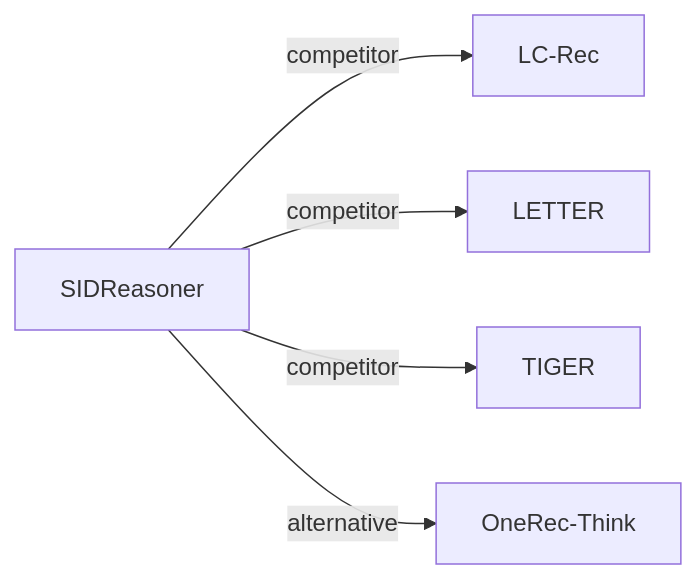
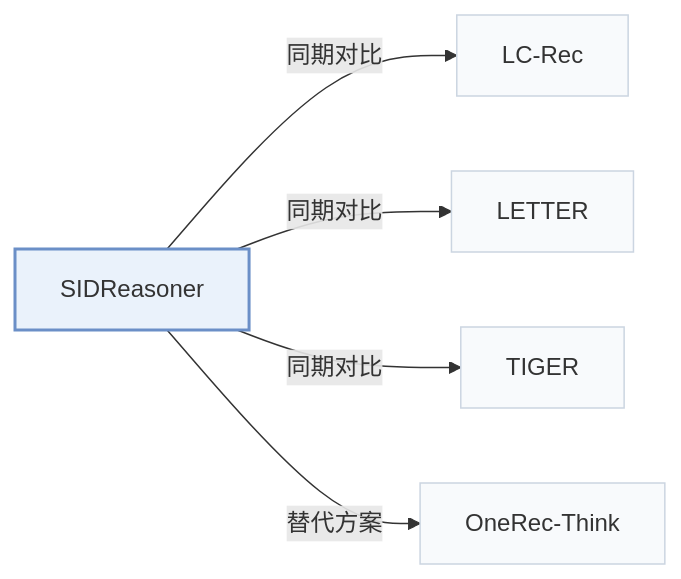
Before and after one commit to Galaxy-ghost/Awesome-SID-Generative-Rec: the third of 3 diagrams in pages/zh/papers/sidreasoner.md, drawn with Mermaid. The commit also changed other lines of this file and 649 other files, not shown here.

Commit message:
writer-05: also tags and modality index (schema, check, build, visuals); summary field removed; calibration data for 12 papers

````diff
--- a/pages/zh/papers/sidreasoner.md
+++ b/pages/zh/papers/sidreasoner.md
@@ -124,8 +137,12 @@
 ```mermaid
 flowchart LR
     P["SIDReasoner"]
-    P -->|competitor| A["LC-Rec"]
-    P -->|competitor| B["LETTER"]
-    P -->|competitor| C["TIGER"]
-    P -->|alternative| D["OneRec-Think"]
+    P -->|"同期对比"| A["LC-Rec"]
+    P -->|"同期对比"| B["LETTER"]
+    P -->|"同期对比"| C["TIGER"]
+    P -->|"替代方案"| D["OneRec-Think"]
+    classDef main fill:#eaf2fb,stroke:#6b8fc7,stroke-width:2px
+    classDef peer fill:#f8fafc,stroke:#cbd5e1
+    class P main
+    class A,B,C,D peer
 ```
````
